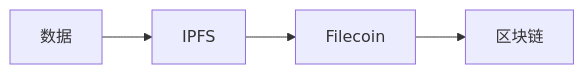
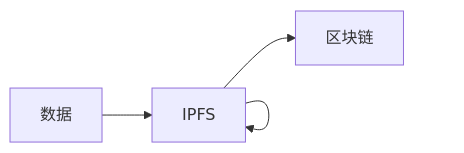
The sixth of 11 diagrams in docs/lightpaper_zh.md (truthvalidator/TruthValidatorAgent), drawn with Mermaid before and after one commit. The commit also changed other lines of this file and 1 other file, not shown here.

````diff
--- a/docs/lightpaper_zh.md
+++ b/docs/lightpaper_zh.md
@@ -101,4 +101,4 @@
 ```mermaid
 flowchart LR
-    数据 --> IPFS --> Filecoin --> 区块链
+    数据 --> IPFS --> IPFS --> 区块链
 ```
````
